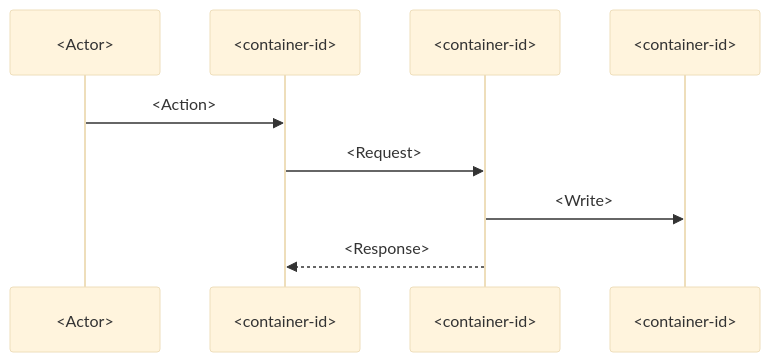
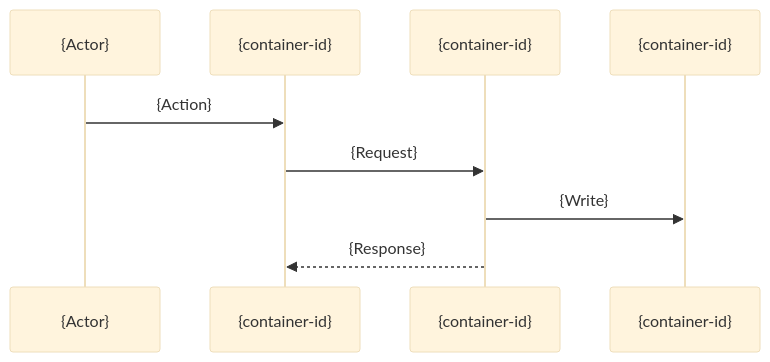
Before and after one commit to psarma89/plane: the second of 3 diagrams in docs/architecture/c4/containers/TEMPLATE.md, drawn with Mermaid (base theme). The commit also changed other lines of this file and 6 other files, not shown here.

````diff
--- a/docs/architecture/c4/containers/TEMPLATE.md
+++ b/docs/architecture/c4/containers/TEMPLATE.md
@@ -59,12 +50,12 @@
 ```mermaid
 sequenceDiagram
-    participant U as <Actor>
-    participant A as <container-id>
-    participant B as <container-id>
-    participant D as <container-id>
+    participant U as {Actor}
+    participant A as {container-id}
+    participant B as {container-id}
+    participant D as {container-id}
 
-    U->>A: <Action>
-    A->>B: <Request>
-    B->>D: <Write>
-    B-->>A: <Response>
+    U->>A: {Action}
+    A->>B: {Request}
+    B->>D: {Write}
+    B-->>A: {Response}
 ```
````
